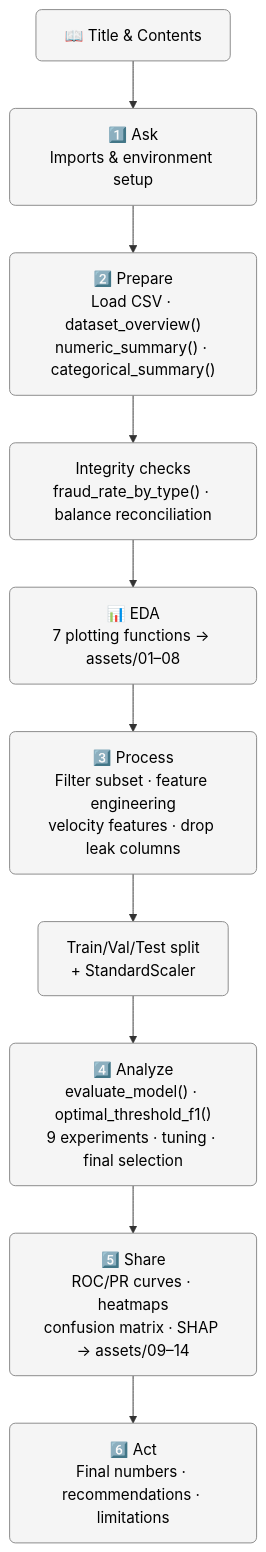
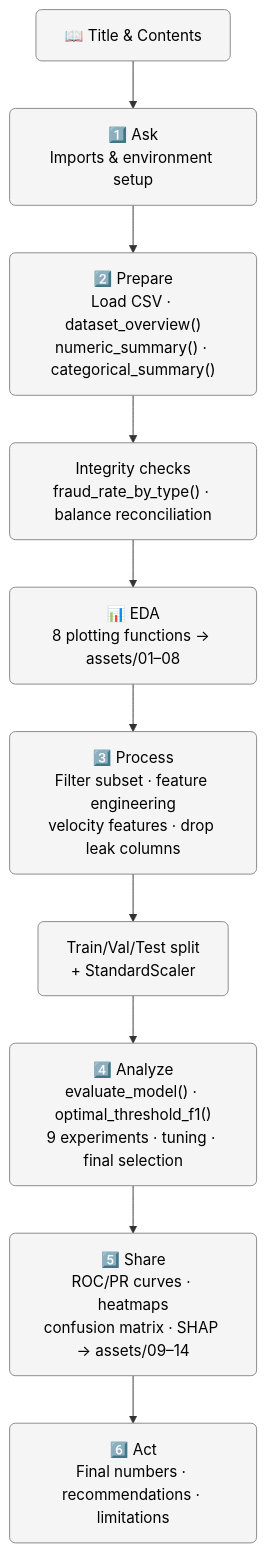
One commit to Sudharshan205-Proj/fraud-detection-system changed the seventh of 8 diagrams in Fraud_Detection_Report.md. Above: the diagram before and after it, drawn with Mermaid. The commit also changed other lines of this file and 14 other files, not shown here.

````diff
--- a/Fraud_Detection_Report.md
+++ b/Fraud_Detection_Report.md
@@ -913,15 +943,15 @@
 ```mermaid
 flowchart TD
     N0["📖 Title & Contents"] --> N1["1️⃣ Ask<br/>Imports & environment setup"]
     N1 --> N2["2️⃣ Prepare<br/>Load CSV · dataset_overview()<br/>numeric_summary() · categorical_summary()"]
     N2 --> N3["Integrity checks<br/>fraud_rate_by_type() · balance reconciliation"]
-    N3 --> N4["📊 EDA<br/>7 plotting functions → assets/01–08"]
+    N3 --> N4["📊 EDA<br/>8 plotting functions → assets/01–08"]
     N4 --> N5["3️⃣ Process<br/>Filter subset · feature engineering<br/>velocity features · drop leak columns"]
     N5 --> N6["Train/Val/Test split<br/>+ StandardScaler"]
     N6 --> N7["4️⃣ Analyze<br/>evaluate_model() · optimal_threshold_f1()<br/>9 experiments · tuning · final selection"]
     N7 --> N8["5️⃣ Share<br/>ROC/PR curves · heatmaps<br/>confusion matrix · SHAP → assets/09–14"]
     N8 --> N9["6️⃣ Act<br/>Final numbers · recommendations · limitations"]
 
     classDef sec fill:#f5f5f5,stroke:#888,stroke-width:1px,rx:6,ry:6, color:#000000
     class N0,N1,N2,N3,N4,N5,N6,N7,N8,N9 sec
 ```
````
